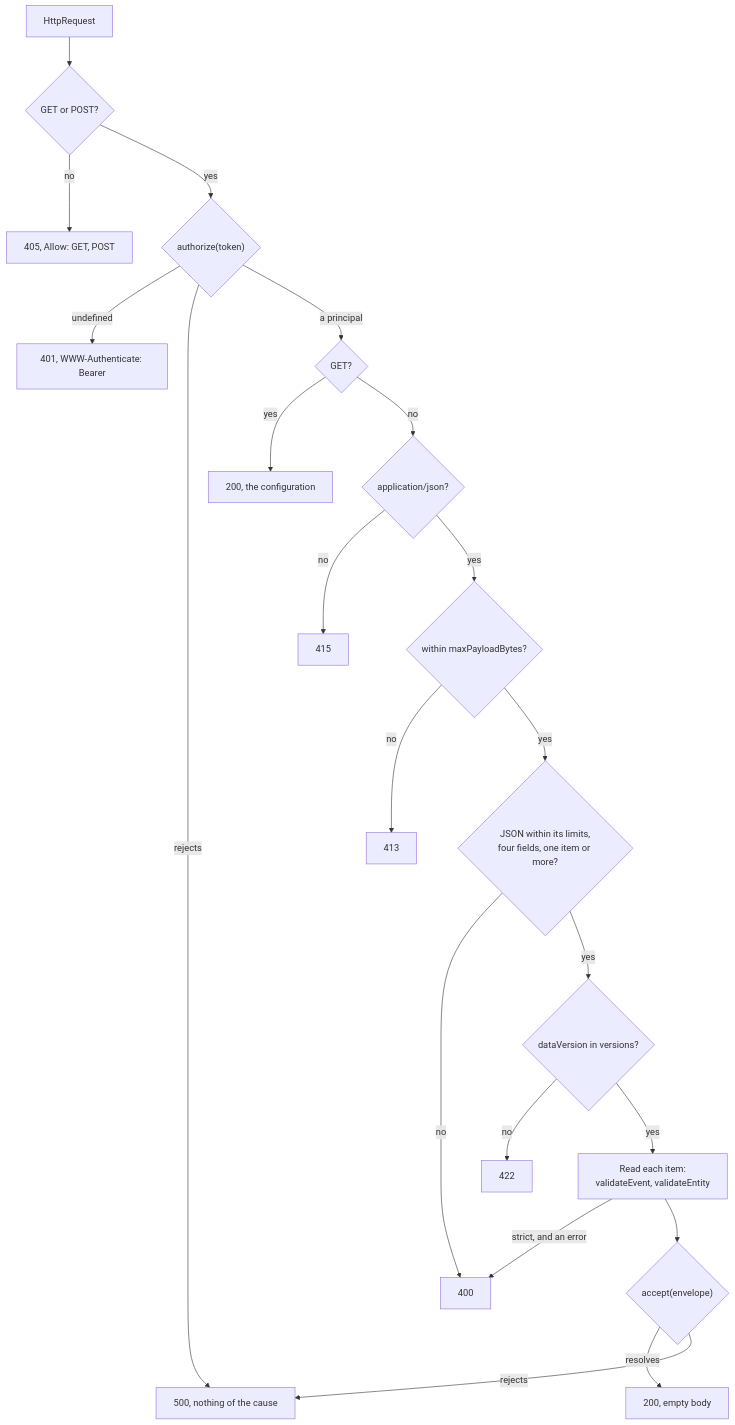
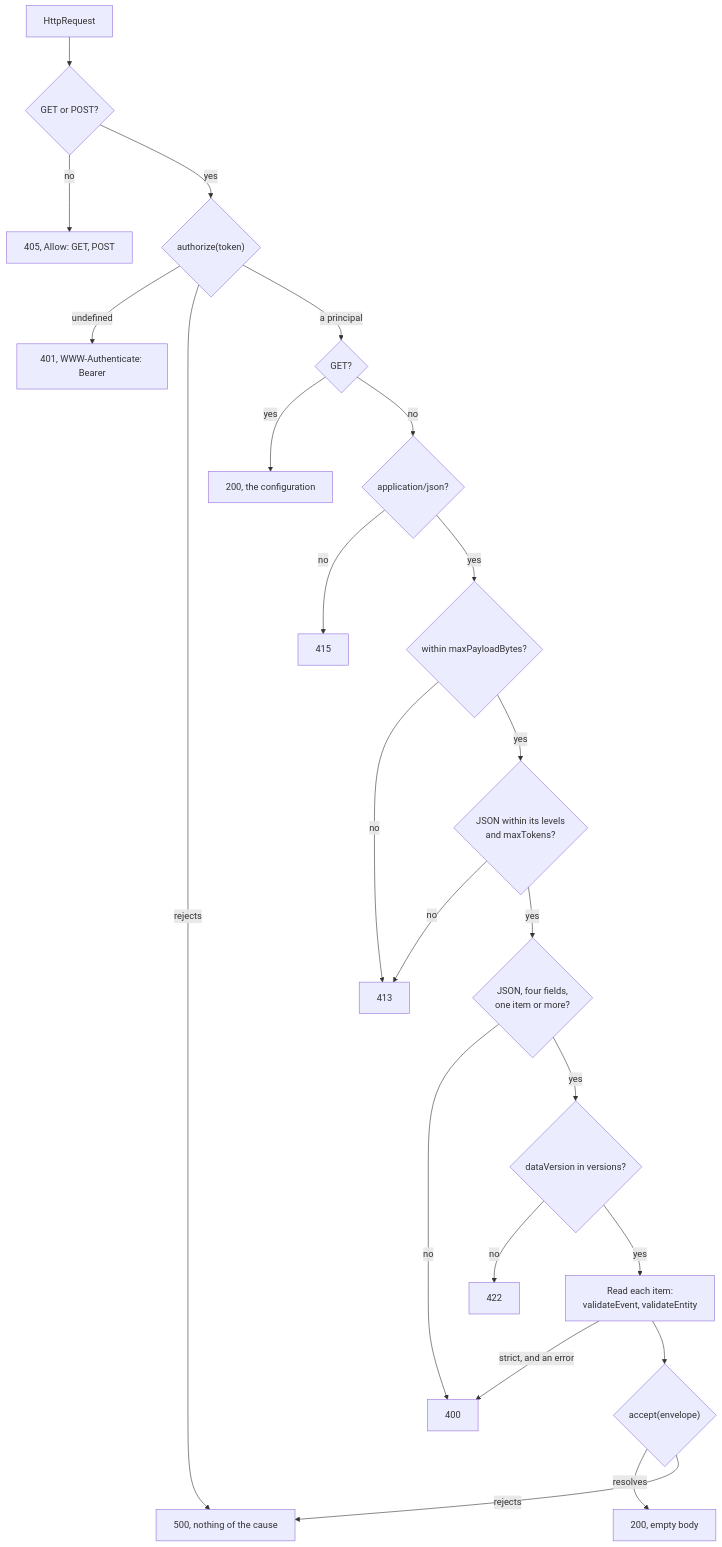
Before and after one commit to interopkit/interopkit: the diagram in docs/learning-analytics/endpoint.md, drawn with Mermaid. The commit also changed other lines of this file and 137 other files, not shown here.

````diff
--- a/docs/learning-analytics/endpoint.md
+++ b/docs/learning-analytics/endpoint.md
@@ -7,23 +7,25 @@
 ```mermaid
 flowchart TD
   req["HttpRequest"] --> m{"GET or POST?"}
   m -->|"no"| r405["405, Allow: GET, POST"]
   m -->|"yes"| a{"authorize(token)"}
   a -->|"undefined"| r401["401, WWW-Authenticate: Bearer"]
   a -->|"rejects"| r500["500, nothing of the cause"]
   a -->|"a principal"| g{"GET?"}
   g -->|"yes"| cfg["200, the configuration"]
   g -->|"no"| t{"application/json?"}
   t -->|"no"| r415["415"]
   t -->|"yes"| z{"within maxPayloadBytes?"}
   z -->|"no"| r413["413"]
-  z -->|"yes"| j{"JSON within its limits,<br/>four fields, one item or more?"}
+  z -->|"yes"| l{"JSON within its levels<br/>and maxTokens?"}
+  l -->|"no"| r413
+  l -->|"yes"| j{"JSON, four fields,<br/>one item or more?"}
   j -->|"no"| r400["400"]
   j -->|"yes"| v{"dataVersion in versions?"}
   v -->|"no"| r422["422"]
   v -->|"yes"| d["Read each item:<br/>validateEvent, validateEntity"]
   d -->|"strict, and an error"| r400
   d --> acc{"accept(envelope)"}
   acc -->|"resolves"| ok["200, empty body"]
   acc -->|"rejects"| r500
 ```
````
